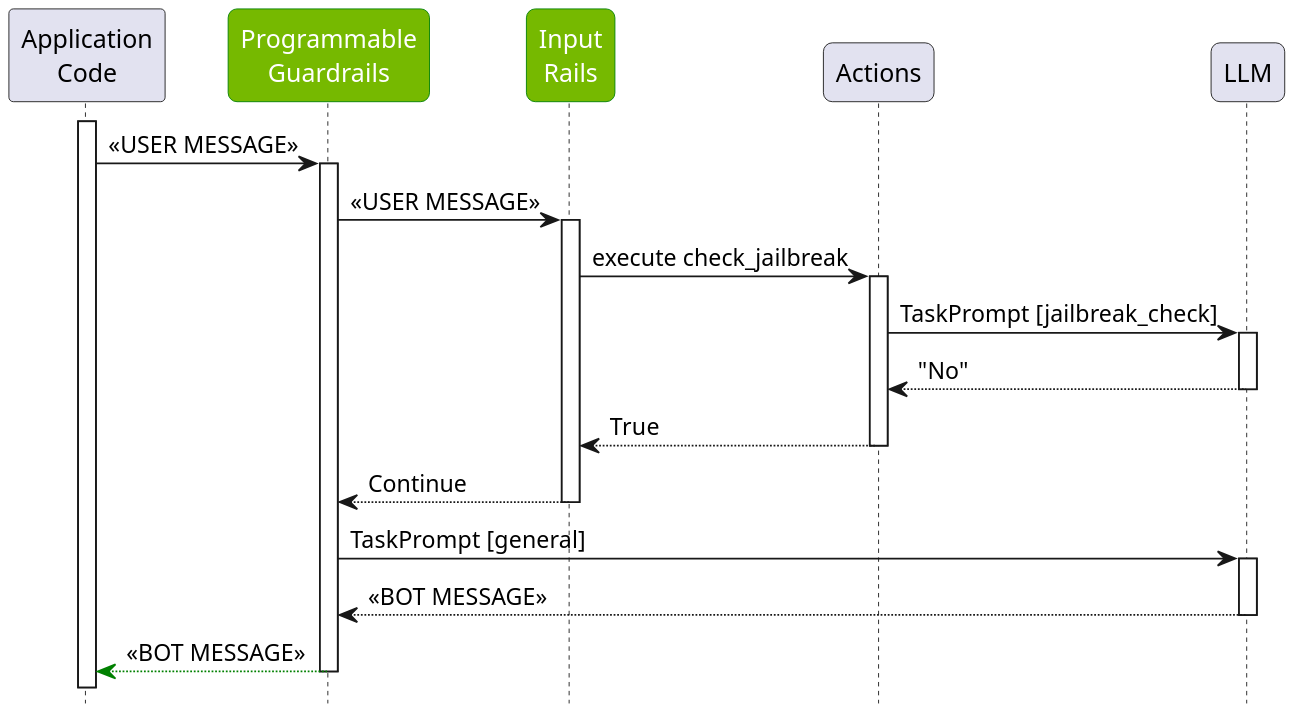
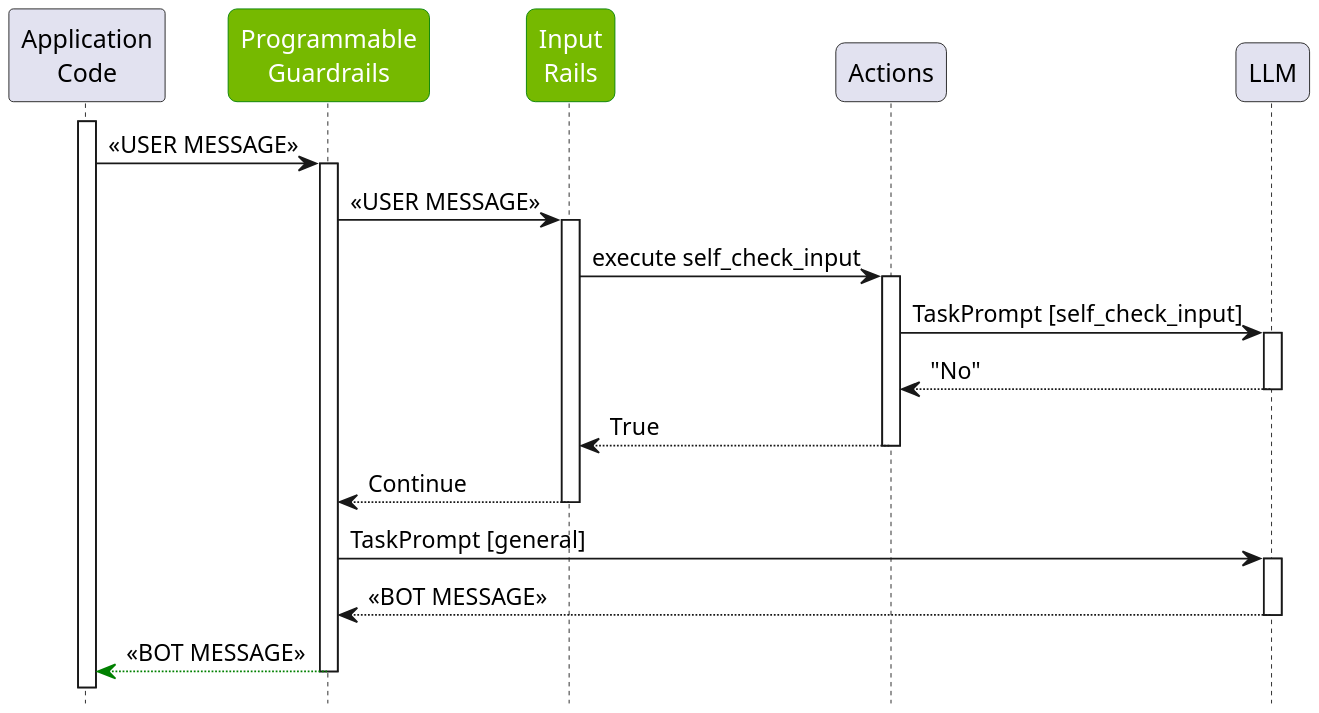
Before and after one commit to NVIDIA/NeMo-Guardrails: the diagram in docs/_assets/puml/input_rails_fig_2.puml, drawn with PlantUML. The commit also changed 88 other files, not shown here.

```diff
--- a/docs/_assets/puml/input_rails_fig_2.puml
+++ b/docs/_assets/puml/input_rails_fig_2.puml
@@ -1,47 +1,47 @@
 @startuml
 participant "Application\nCode" as A
 
 skinparam Participant {
   RoundCorner 10
 
   BackgroundColor<<LLMRails>> 76b900
   FontColor<<LLMRails>> white
   BorderColor<<LLMRails>> green
 }
 
 
 participant "Programmable\nGuardrails" as LLMRails <<LLMRails>>
 participant "Input\nRails" as IR <<LLMRails>>
 participant Actions
 participant "LLM"
 
 
 Activate A
 A->LLMRails: <<USER MESSAGE>>
 activate LLMRails
 
 LLMRails->IR: <<USER MESSAGE>>
 activate IR
 
-IR->Actions: execute check_jailbreak
+IR->Actions: execute self_check_input
 activate Actions
 
-Actions->LLM: TaskPrompt [jailbreak_check]
+Actions->LLM: TaskPrompt [self_check_input]
 activate LLM
 return "No"
 
 return True
 
 return Continue
 
 LLMRails->LLM: TaskPrompt [general]
 activate LLM
 return <<BOT MESSAGE >>
 
 return #green <<BOT MESSAGE>>
 
 
 hide footbox
 hide stereotype
 scale 2
 @enduml
```
